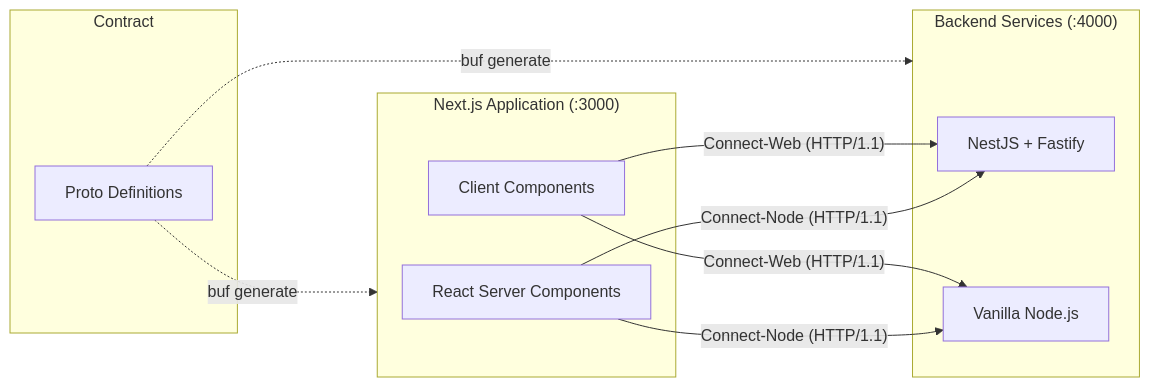
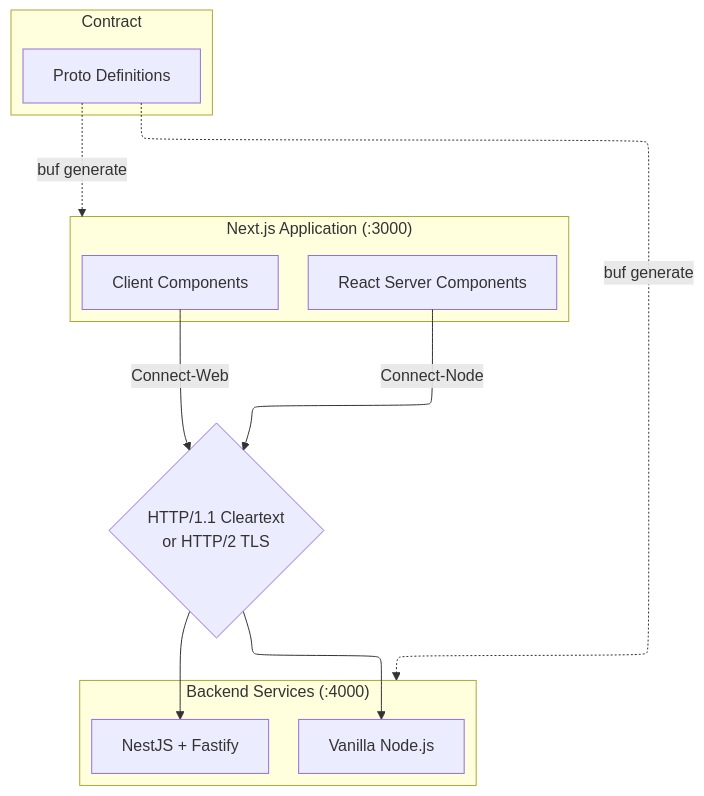
Before and after one commit to ask4fusora/connectrpc-with-ecmascript: the diagram in ARCHITECTURE.md, drawn with Mermaid.

Commit message:
docs(architecture): update service topology diagram for Mermaid flowchart

````diff
--- a/ARCHITECTURE.md
+++ b/ARCHITECTURE.md
@@ -33,25 +33,23 @@
 ```mermaid
-graph LR
-    subgraph Schema["Contract"]
-        Proto[Proto Definitions]
-    end
+---
+config:
+  layout: elk
+---
+flowchart TB
+  subgraph Schema["Contract"]
+    Proto["Proto Definitions"]
+  end
+  subgraph Frontend["Next.js Application (:3000)"]
+    RSC["React Server Components"]
+    Client["Client Components"]
+  end
+  subgraph Backend["Backend Services (:4000)"]
+    NestJS["NestJS + Fastify"]
+    Vanilla["Vanilla Node.js"]
+  end
 
-    subgraph Frontend["Next.js Application (:3000)"]
-        RSC[React Server Components]
-        Client[Client Components]
-    end
-
-    subgraph Backend["Backend Services (:4000)"]
-        NestJS[NestJS + Fastify]
-        Vanilla[Vanilla Node.js]
-    end
-
-    Proto -. "buf generate" .-> Frontend
-    Proto -. "buf generate" .-> Backend
-
-    RSC -- "Connect-Node (HTTP/1.1)" --> NestJS
-    RSC -- "Connect-Node (HTTP/1.1)" --> Vanilla
-
-    Client -- "Connect-Web (HTTP/1.1)" --> NestJS
-    Client -- "Connect-Web (HTTP/1.1)" --> Vanilla
+  Proto -. buf generate .-> Frontend & Backend
+  RSC -- "Connect-Node" --> Network{"HTTP/1.1 Cleartext<br>or HTTP/2 TLS"}
+  Client -- "Connect-Web" --> Network
+  Network --> NestJS & Vanilla
 ```
````
